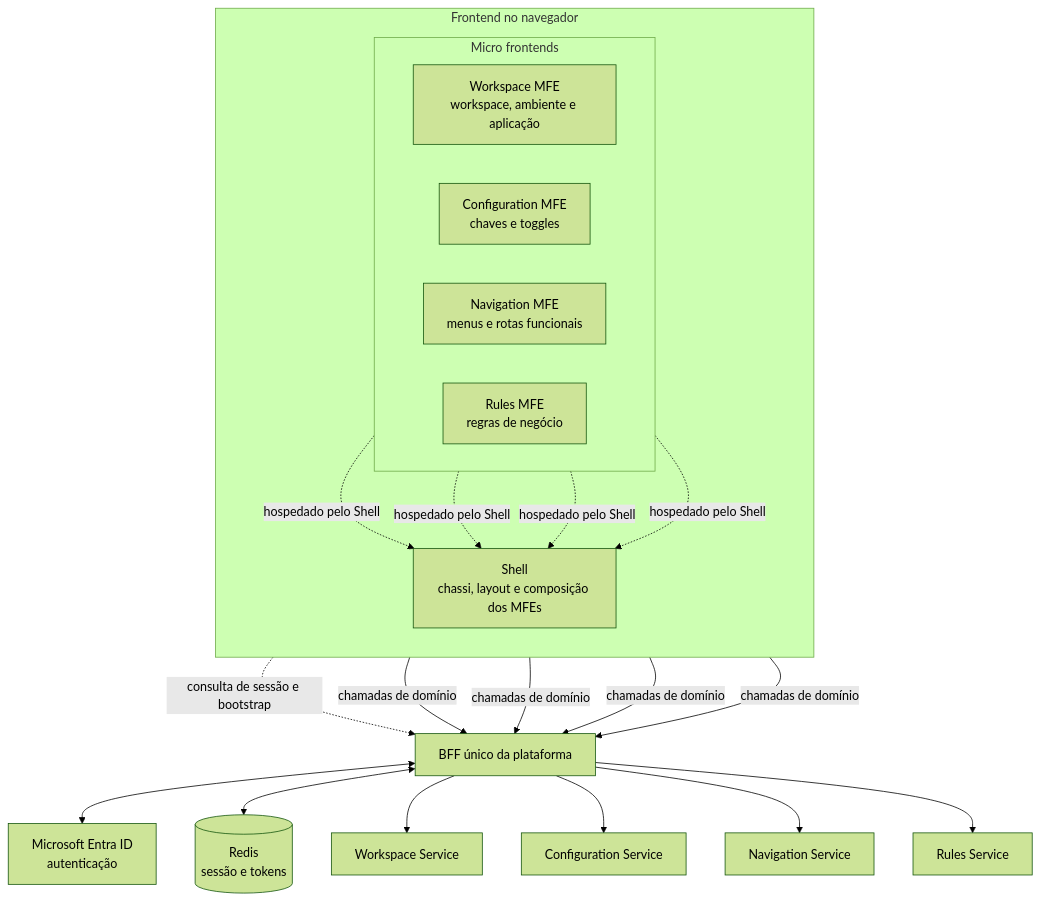
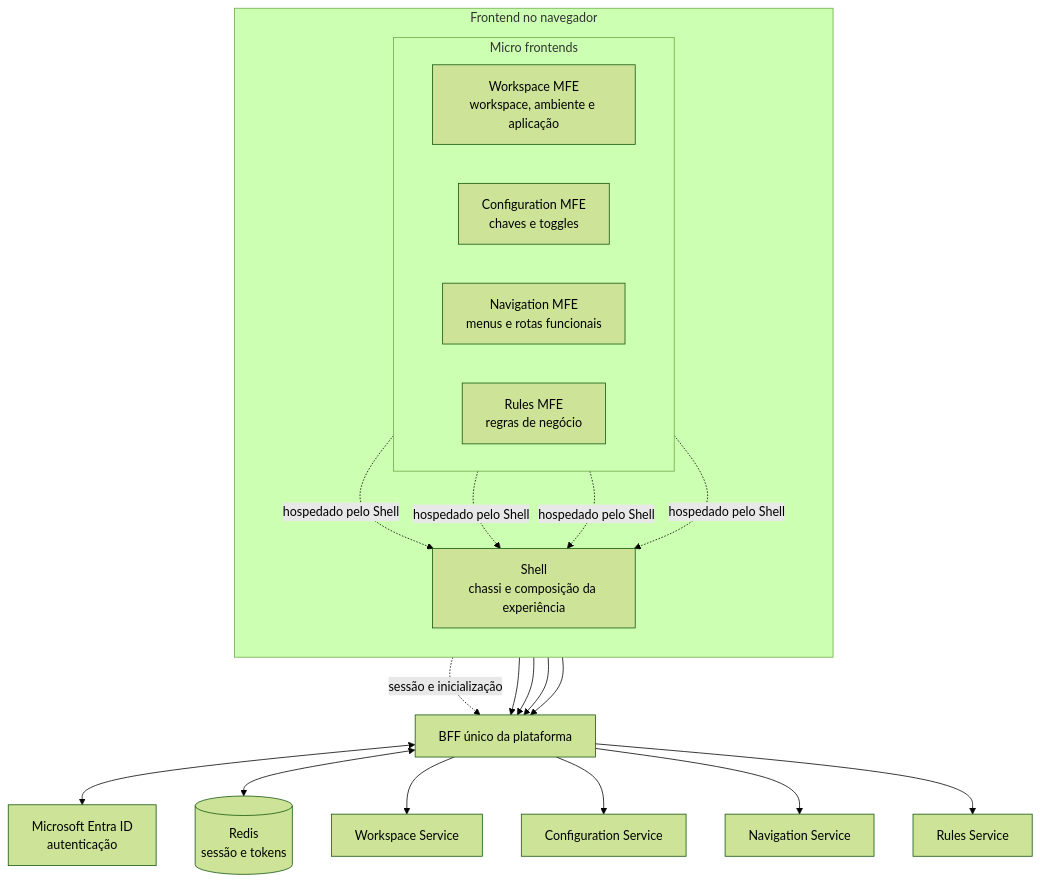
Before and after one commit to BrunoBS/guideline-java: the first of 2 diagrams in docs/refinamento/18-micro-frontends/apresentacao-visao-geral.md, drawn with Mermaid (forest theme). The commit also changed other lines of this file, not shown here.

```diff
--- a/docs/refinamento/18-micro-frontends/apresentacao-visao-geral.md
+++ b/docs/refinamento/18-micro-frontends/apresentacao-visao-geral.md
@@ -9,33 +9,33 @@
 ~~~mermaid
 flowchart TB
   subgraph FRONTEND["Frontend no navegador"]
     direction TB
     subgraph MFES["Micro frontends"]
       direction LR
       WS["Workspace MFE<br/>workspace, ambiente e aplicação"]
       CFG["Configuration MFE<br/>chaves e toggles"]
       NAV["Navigation MFE<br/>menus e rotas funcionais"]
       RULES["Rules MFE<br/>regras de negócio"]
     end
-    SHELL["Shell<br/>chassi, layout e composição dos MFEs"]
+    SHELL["Shell<br/>chassi e composição da experiência"]
   end
 
   WS -. "hospedado pelo Shell" .-> SHELL
   CFG -. "hospedado pelo Shell" .-> SHELL
   NAV -. "hospedado pelo Shell" .-> SHELL
   RULES -. "hospedado pelo Shell" .-> SHELL
 
-  SHELL -. "consulta de sessão e bootstrap" .-> BFF["BFF único da plataforma"]
-  WS -->|"chamadas de domínio"| BFF
-  CFG -->|"chamadas de domínio"| BFF
-  NAV -->|"chamadas de domínio"| BFF
-  RULES -->|"chamadas de domínio"| BFF
+  SHELL -. "sessão e inicialização" .-> BFF["BFF único da plataforma"]
+  WS --> BFF
+  CFG --> BFF
+  NAV --> BFF
+  RULES --> BFF
 
   BFF <--> ENTRA["Microsoft Entra ID<br/>autenticação"]
   BFF <--> REDIS[("Redis<br/>sessão e tokens")]
 
   BFF --> WSAPI["Workspace Service"]
   BFF --> CFGAPI["Configuration Service"]
   BFF --> NAVAPI["Navigation Service"]
   BFF --> RULESAPI["Rules Service"]
 ~~~
```
